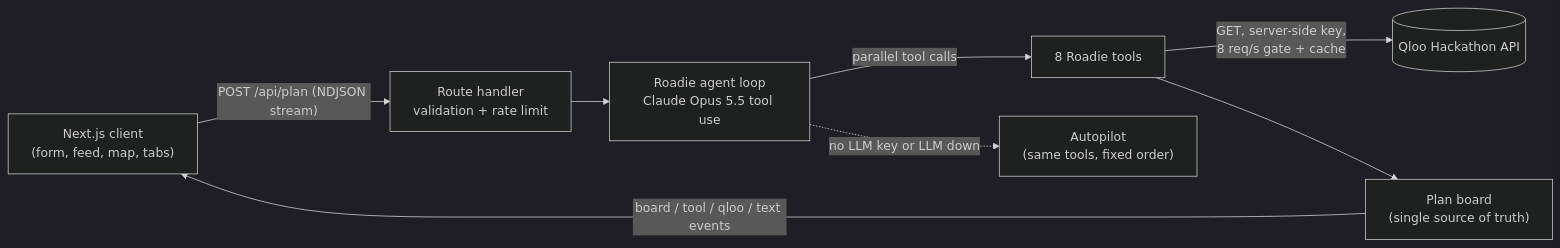
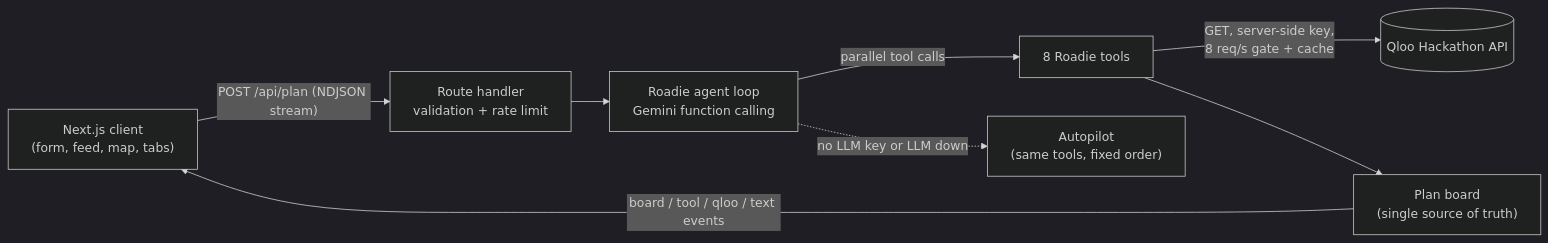
The diagram in README.md (sanjaysaini383/Qloo), drawn with Mermaid (dark theme) before and after one commit. The commit also changed other lines of this file and 8 other files, not shown here.

First line of the commit message:
Run the agent on Gemini with streaming and model fallback

````diff
--- a/README.md
+++ b/README.md
@@ -53,10 +53,10 @@
 ```mermaid
 flowchart LR
   UI["Next.js client<br/>(form, feed, map, tabs)"] -- "POST /api/plan (NDJSON stream)" --> API["Route handler<br/>validation + rate limit"]
-  API --> Agent["Roadie agent loop<br/>Claude Opus 5.5 tool use"]
+  API --> Agent["Roadie agent loop<br/>Gemini function calling"]
   Agent -- "parallel tool calls" --> Tools["8 Roadie tools"]
   Tools -- "GET, server-side key,<br/>8 req/s gate + cache" --> Qloo[("Qloo Hackathon API")]
   Tools --> Board["Plan board<br/>(single source of truth)"]
   Board -- "board / tool / qloo / text events" --> UI
   Agent -. "no LLM key or LLM down" .-> Auto["Autopilot<br/>(same tools, fixed order)"]
 ```
````
